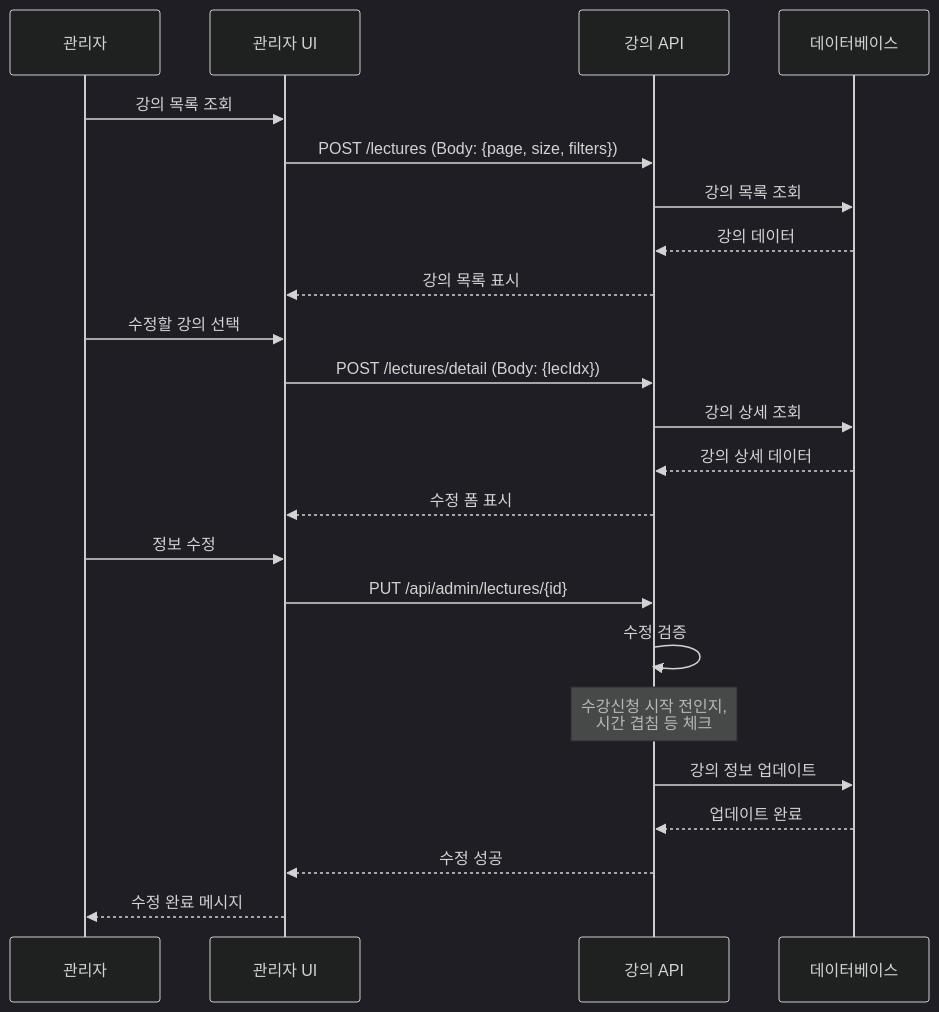
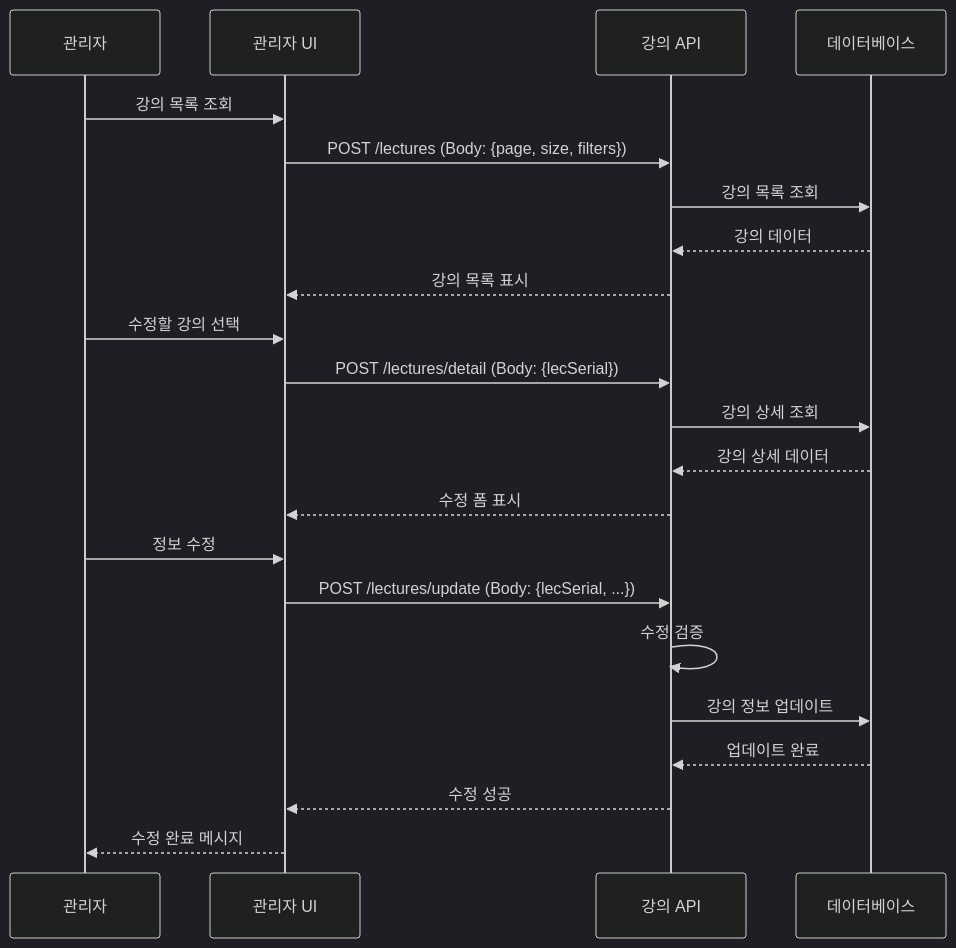
The third of 8 diagrams in backend/BlueCrab/docs/강의관련기능/04-관리자플로우.md (hooting76/blue-crab-lms), drawn with Mermaid (dark theme) before and after one commit. The commit also changed other lines of this file and 19 other files, not shown here.

````diff
--- a/backend/BlueCrab/docs/강의관련기능/04-관리자플로우.md
+++ b/backend/BlueCrab/docs/강의관련기능/04-관리자플로우.md
@@ -185,29 +173,28 @@
 ```mermaid
 sequenceDiagram
     participant Admin as 관리자
     participant UI as 관리자 UI
     participant API as 강의 API
     participant DB as 데이터베이스
 
     Admin->>UI: 강의 목록 조회
     UI->>API: POST /lectures (Body: {page, size, filters})
     API->>DB: 강의 목록 조회
     DB-->>API: 강의 데이터
     API-->>UI: 강의 목록 표시
 
     Admin->>UI: 수정할 강의 선택
-    UI->>API: POST /lectures/detail (Body: {lecIdx})
+    UI->>API: POST /lectures/detail (Body: {lecSerial})
     API->>DB: 강의 상세 조회
     DB-->>API: 강의 상세 데이터
     API-->>UI: 수정 폼 표시
 
     Admin->>UI: 정보 수정
-    UI->>API: PUT /api/admin/lectures/{id}
+    UI->>API: POST /lectures/update (Body: {lecSerial, ...})
     API->>API: 수정 검증
-    Note over API: 수강신청 시작 전인지,<br/>시간 겹침 등 체크
 
     API->>DB: 강의 정보 업데이트
     DB-->>API: 업데이트 완료
     API-->>UI: 수정 성공
     UI-->>Admin: 수정 완료 메시지
 ```
````
